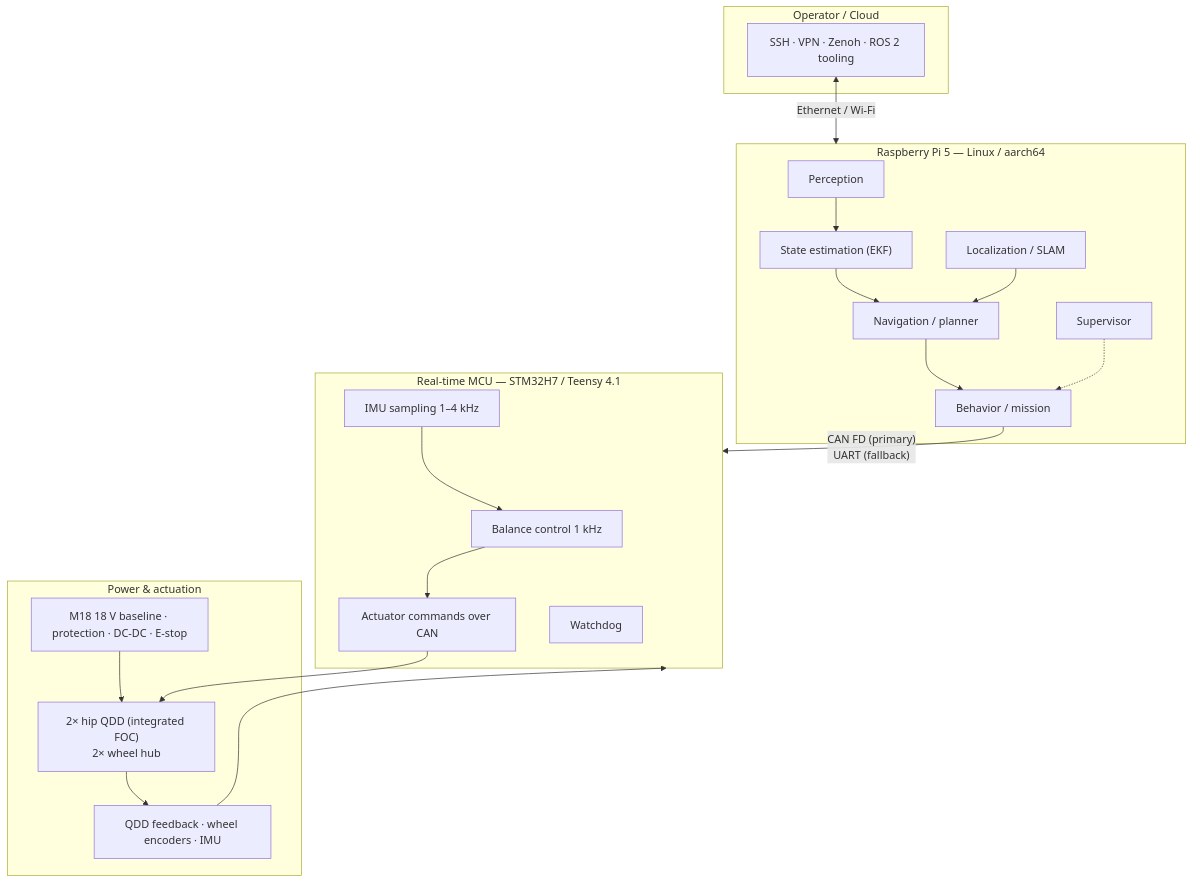
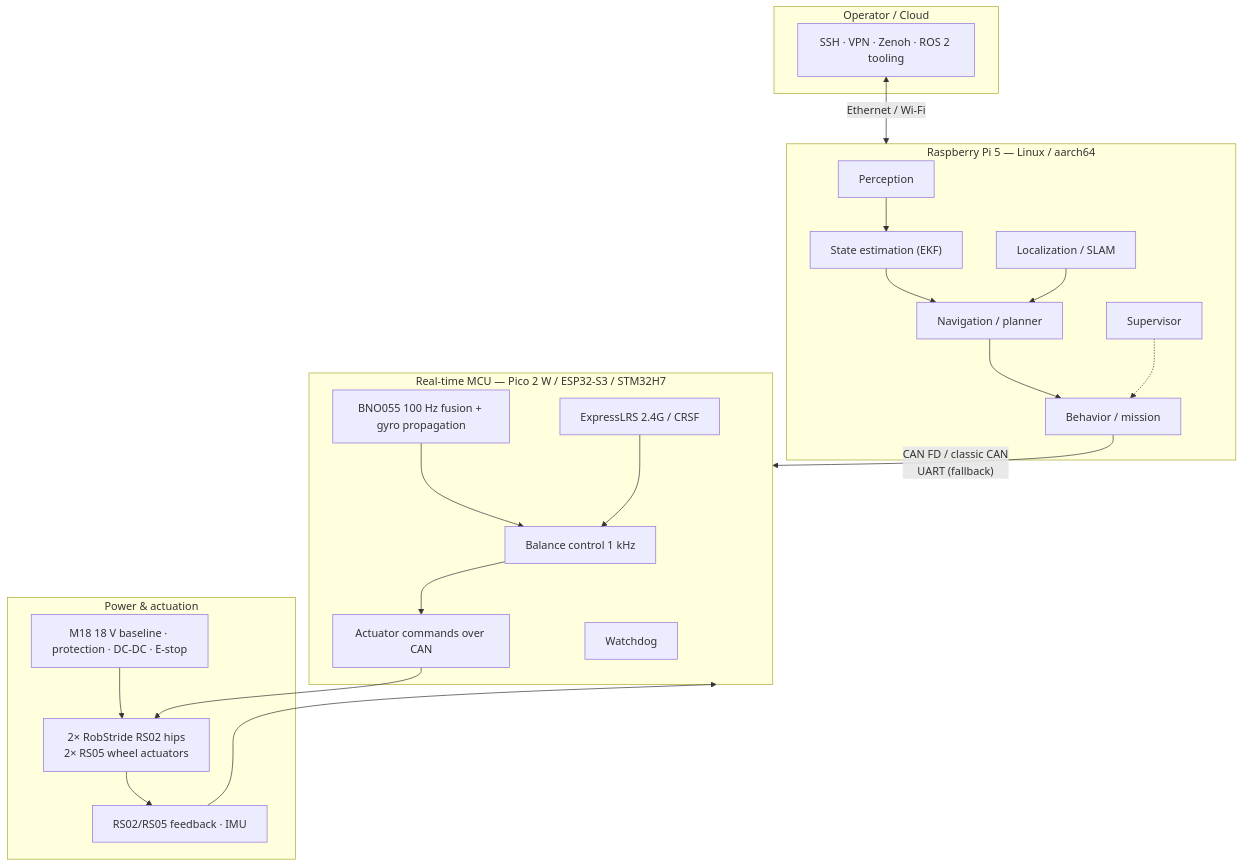
Before and after one commit to fobaty/jbot: the diagram in README.md, drawn with Mermaid. The commit also changed other lines of this file and 24 other files, not shown here.

````diff
--- a/README.md
+++ b/README.md
@@ -95,37 +103,39 @@
 ```mermaid
 flowchart TB
     subgraph Cloud["Operator / Cloud"]
         SSH["SSH · VPN · Zenoh · ROS 2 tooling"]
     end
 
     subgraph RPi["Raspberry Pi 5 — Linux / aarch64"]
         PER["Perception"]
         EST["State estimation (EKF)"]
         SLAM["Localization / SLAM"]
         NAV["Navigation / planner"]
         BEH["Behavior / mission"]
         SUP["Supervisor"]
     end
 
-    subgraph MCU["Real-time MCU — STM32H7 / Teensy 4.1"]
+    subgraph MCU["Real-time MCU — Pico 2 W / ESP32-S3 / STM32H7"]
         BAL["Balance control 1 kHz"]
         ACT["Actuator commands over CAN"]
-        IMU["IMU sampling 1–4 kHz"]
+        IMU["BNO055 100 Hz fusion + gyro propagation"]
+        RC["ExpressLRS 2.4G / CRSF"]
         WD["Watchdog"]
     end
 
     subgraph HW["Power & actuation"]
-        MOT["2× hip QDD (integrated FOC)<br/>2× wheel hub"]
-        SEN["QDD feedback · wheel encoders · IMU"]
+        MOT["2× RobStride RS02 hips<br/>2× RS05 wheel actuators"]
+        SEN["RS02/RS05 feedback · IMU"]
         PWR["M18 18 V baseline · protection · DC-DC · E-stop"]
     end
 
     SSH <-->|"Ethernet / Wi-Fi"| RPi
     PER --> EST --> NAV
     SLAM --> NAV --> BEH
-    BEH -->|"CAN FD (primary)\nUART (fallback)"| MCU
+    BEH -->|"CAN FD / classic CAN\nUART (fallback)"| MCU
     SUP -.-> BEH
     IMU --> BAL --> ACT
+    RC --> BAL
     ACT --> MOT --> SEN --> MCU
     PWR --> MOT
 ```
````
